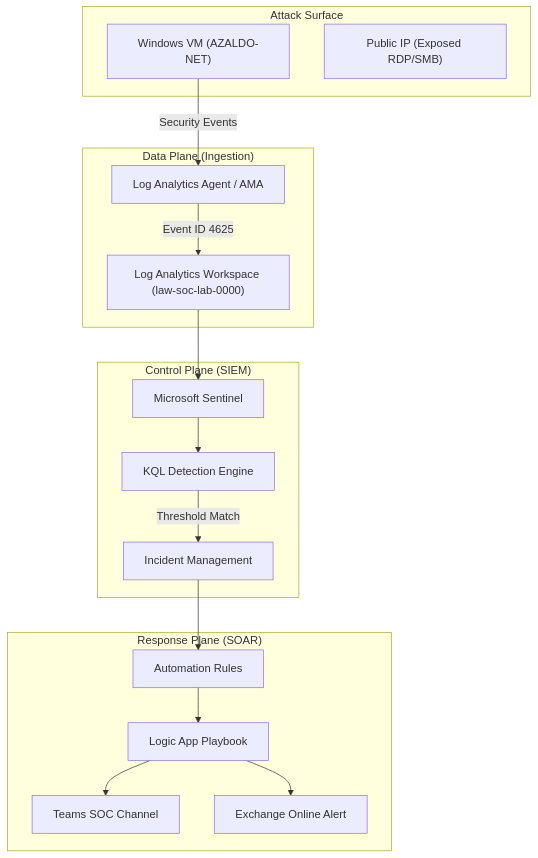
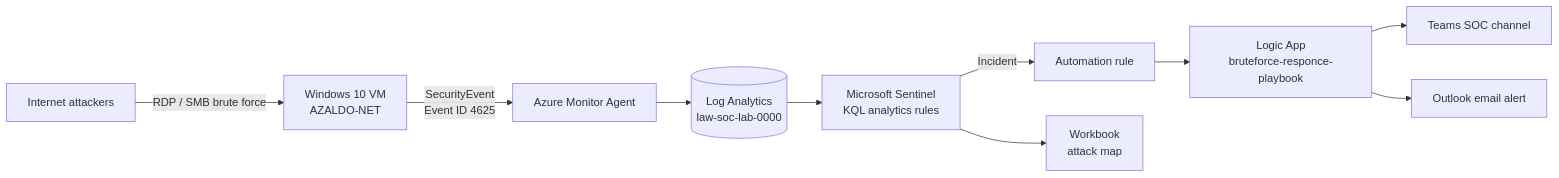
Before and after one commit to AzaldoMAZ/Azure-SOC-Lab-Brute-Force-Detection-Automated-Response-: the diagram in README.md, drawn with Mermaid. The commit also changed other lines of this file, not shown here.

````diff
--- a/README.md
+++ b/README.md
@@ -17,35 +31,12 @@
 ```mermaid
-graph TD
-    subgraph "Attack Surface"
-        VM["Windows VM (AZALDO-NET)"]
-        PUB["Public IP (Exposed RDP/SMB)"]
-    end
-
-    subgraph "Data Plane (Ingestion)"
-        MMA["Log Analytics Agent / AMA"]
-        LAW["Log Analytics Workspace (law-soc-lab-0000)"]
-    end
-
-    subgraph "Control Plane (SIEM)"
-        Sentinel["Microsoft Sentinel"]
-        KQL["KQL Detection Engine"]
-        Incidents["Incident Management"]
-    end
-
-    subgraph "Response Plane (SOAR)"
-        Auto["Automation Rules"]
-        Logic["Logic App Playbook"]
-        Teams["Teams SOC Channel"]
-        Mail["Exchange Online Alert"]
-    end
-
-    VM -->|Security Events| MMA
-    MMA -->|Event ID 4625| LAW
-    LAW --> Sentinel
-    Sentinel --> KQL
-    KQL -->|Threshold Match| Incidents
-    Incidents --> Auto
-    Auto --> Logic
-    Logic --> Teams
-    Logic --> Mail
+flowchart LR
+    ATK[Internet attackers] -->|RDP / SMB brute force| VM[Windows 10 VM<br/>AZALDO-NET]
+    VM -->|SecurityEvent<br/>Event ID 4625| AMA[Azure Monitor Agent]
+    AMA --> LAW[(Log Analytics<br/>law-soc-lab-0000)]
+    LAW --> SEN[Microsoft Sentinel<br/>KQL analytics rules]
+    SEN -->|Incident| AR[Automation rule]
+    AR --> LA[Logic App<br/>bruteforce-responce-playbook]
+    LA --> TEAMS[Teams SOC channel]
+    LA --> MAIL[Outlook email alert]
+    SEN --> WB[Workbook<br/>attack map]
 ```
````
